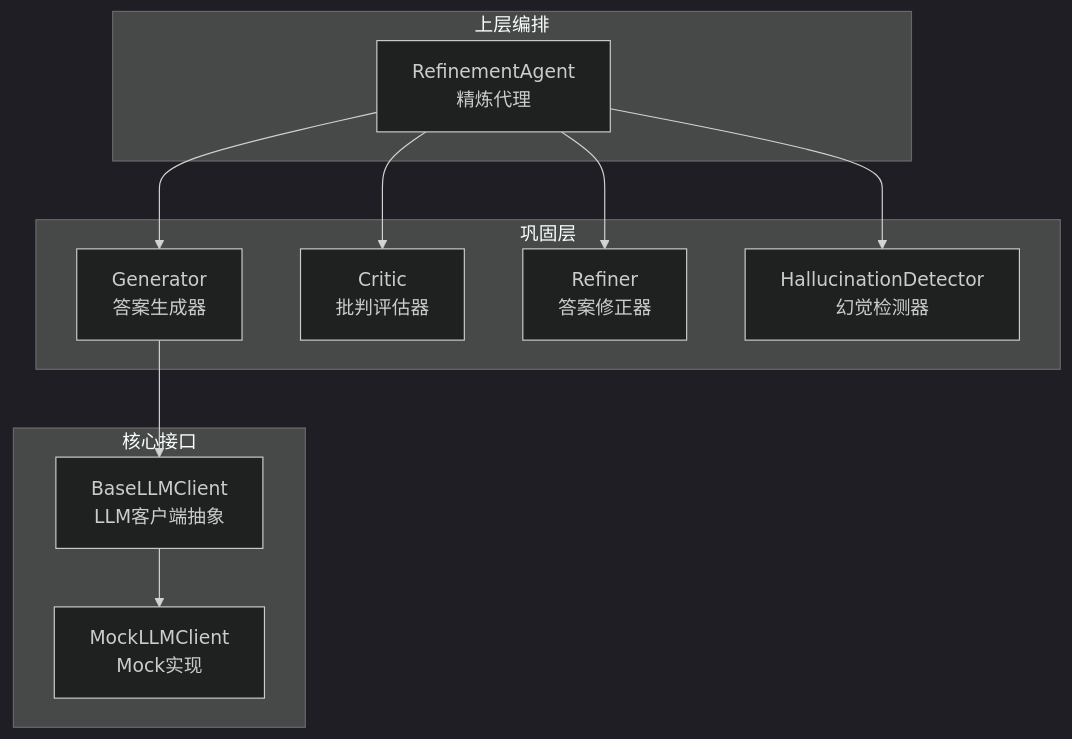
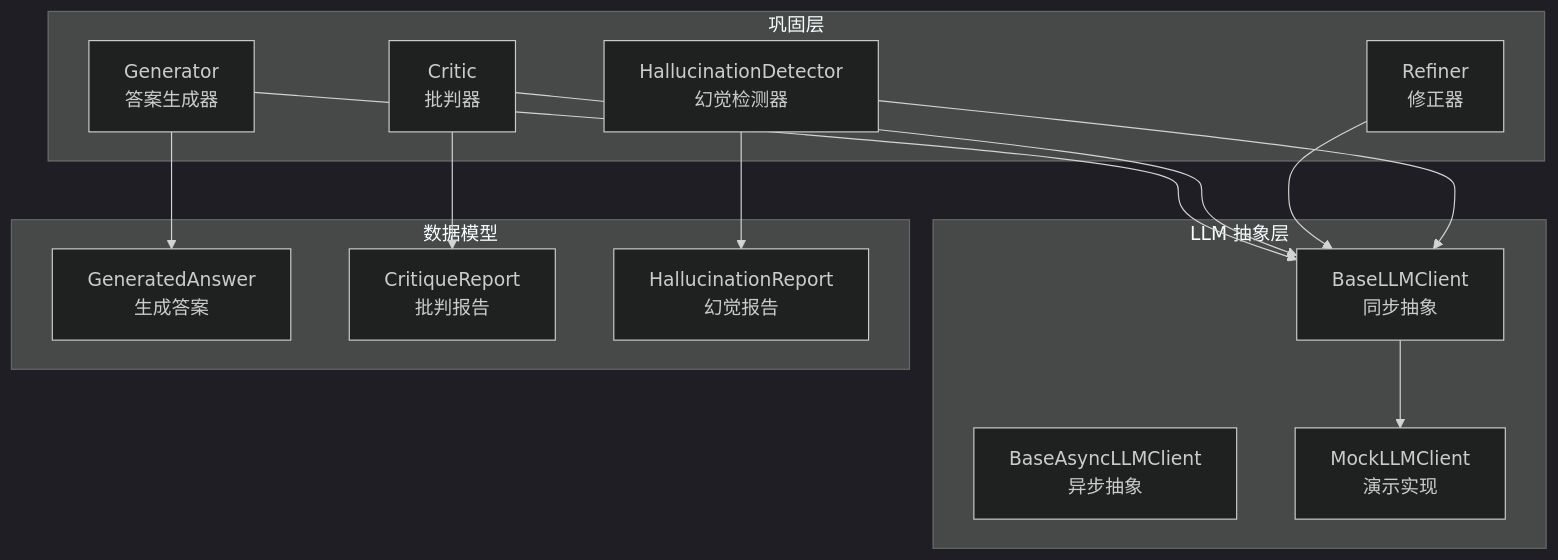
The first of 6 diagrams in .qoder/repowiki/zh/content/巩固层模块/生成器组件.md (JieGaoPrinceton/NecoRAG), drawn with Mermaid (dark theme) before and after one commit. The commit also changed other lines of this file and 181 other files, not shown here.

````diff
--- a/.qoder/repowiki/zh/content/巩固层模块/生成器组件.md
+++ b/.qoder/repowiki/zh/content/巩固层模块/生成器组件.md
@@ -36,22 +37,27 @@
 ```mermaid
 graph TB
 subgraph "巩固层"
 GEN["Generator<br/>答案生成器"]
-CRIT["Critic<br/>批判评估器"]
-REF["Refiner<br/>答案修正器"]
+CRIT["Critic<br/>批判器"]
+REF["Refiner<br/>修正器"]
 HAL["HallucinationDetector<br/>幻觉检测器"]
 end
-subgraph "核心接口"
-BASE["BaseLLMClient<br/>LLM客户端抽象"]
-MOCK["MockLLMClient<br/>Mock实现"]
+subgraph "LLM 抽象层"
+BASE["BaseLLMClient<br/>同步抽象"]
+ASYNC_BASE["BaseAsyncLLMClient<br/>异步抽象"]
+MOCK["MockLLMClient<br/>演示实现"]
 end
-subgraph "上层编排"
-AGENT["RefinementAgent<br/>精炼代理"]
+subgraph "数据模型"
+GA["GeneratedAnswer<br/>生成答案"]
+CR["CritiqueReport<br/>批判报告"]
+HR["HallucinationReport<br/>幻觉报告"]
 end
-AGENT --> GEN
-AGENT --> CRIT
-AGENT --> REF
-AGENT --> HAL
 GEN --> BASE
+CRIT --> BASE
+REF --> BASE
+HAL --> BASE
 BASE --> MOCK
+GEN --> GA
+CRIT --> CR
+HAL --> HR
 ```
````
